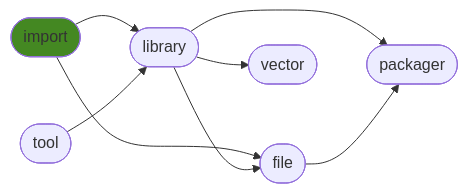
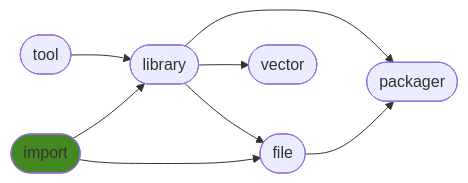
The diagram in README.md (ManderaGeneral/generalimport), drawn with Mermaid before and after one commit. The commit also changed other lines of this file, not shown here.

````diff
--- a/README.md
+++ b/README.md
@@ -28,17 +28,17 @@
 ```mermaid
 flowchart LR
 2([library]) --> 5([packager])
+3([file]) --> 5([packager])
+1([tool]) --> 2([library])
+0([import]) --> 2([library])
 0([import]) --> 3([file])
 2([library]) --> 4([vector])
-0([import]) --> 2([library])
-1([tool]) --> 2([library])
 2([library]) --> 3([file])
-3([file]) --> 5([packager])
 click 0 "https://github.com/ManderaGeneral/generalimport"
 click 1 "https://github.com/ManderaGeneral/generaltool"
 click 2 "https://github.com/ManderaGeneral/generallibrary"
 click 3 "https://github.com/ManderaGeneral/generalfile"
 click 4 "https://github.com/ManderaGeneral/generalvector"
 click 5 "https://github.com/ManderaGeneral/generalpackager"
 style 0 fill:#482
 ```
````
